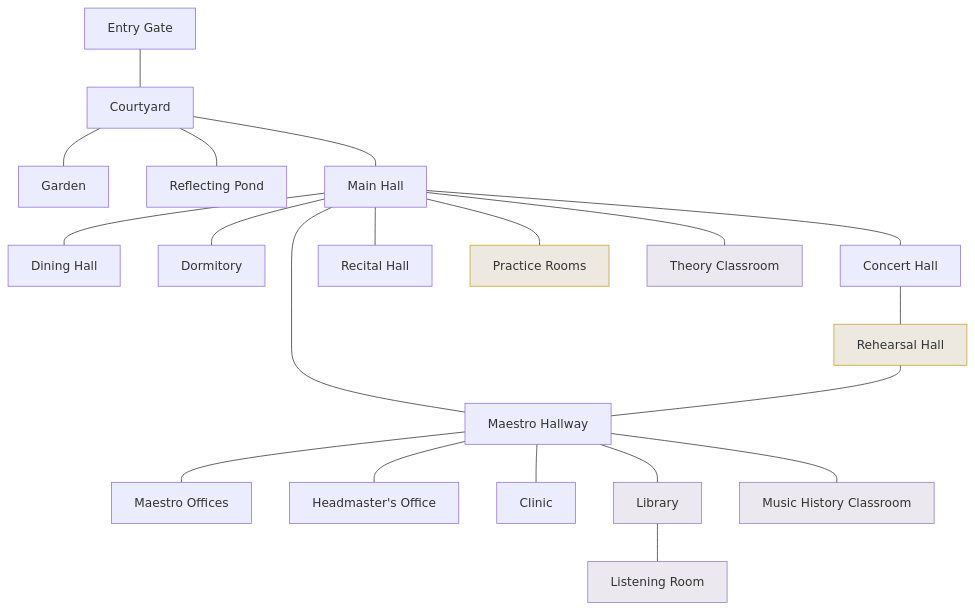
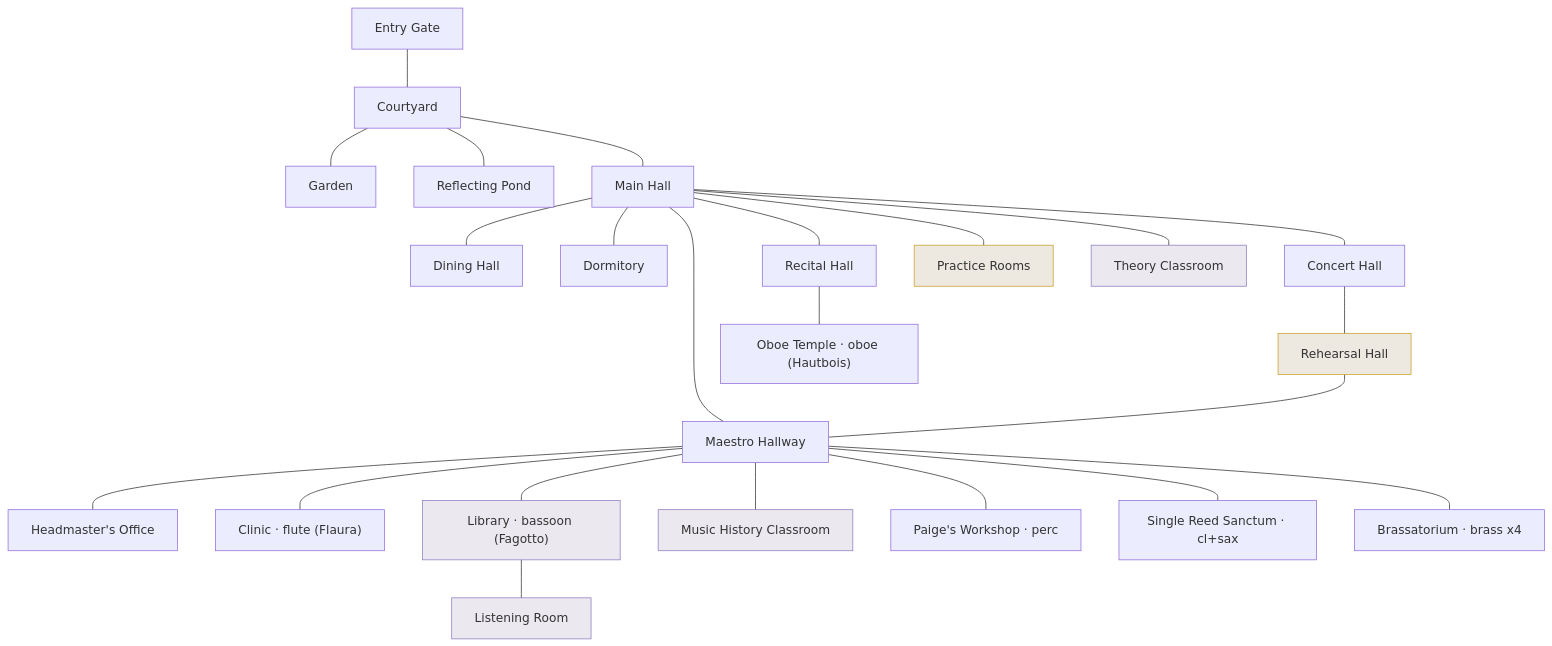
One commit to clemonsmusic-eng/Symphonica-Band-Quest changed the diagram in docs/LOCATION_DESIGN_HARMONIA.md. Above: the diagram before and after it, drawn with Mermaid. The commit also changed other lines of this file, not shown here.

First line of the commit message:
Academy map: six Maestro offices by instrument family (22 rooms)

````diff
--- a/docs/LOCATION_DESIGN_HARMONIA.md
+++ b/docs/LOCATION_DESIGN_HARMONIA.md
@@ -37,27 +37,30 @@
 ```mermaid
 graph TD
   gate[Entry Gate] --- court[Courtyard]
   court --- garden[Garden]
   court --- pond[Reflecting Pond]
   court --- main[Main Hall]
   main --- dining[Dining Hall]
   main --- dorm[Dormitory]
   main --- concert[Concert Hall]
   main --- recital[Recital Hall]
   main --- practice[Practice Rooms]
   main --- theory[Theory Classroom]
   main --- mhall[Maestro Hallway]
   concert --- rehearsal[Rehearsal Hall]
   rehearsal --- mhall
-  mhall --- offices[Maestro Offices]
   mhall --- head[Headmaster's Office]
-  mhall --- clinic[Clinic]
-  mhall --- library[Library]
+  mhall --- clinic["Clinic · flute (Flaura)"]
+  mhall --- library["Library · bassoon (Fagotto)"]
   mhall --- history[Music History Classroom]
+  mhall --- paige["Paige's Workshop · perc"]
+  mhall --- reeds["Single Reed Sanctum · cl+sax"]
+  mhall --- brass["Brassatorium · brass x4"]
   library --- listening[Listening Room]
+  recital --- oboe["Oboe Temple · oboe (Hautbois)"]
 
   classDef z1 fill:#7a5a1e22,stroke:#c9a227;
   classDef z2 fill:#6a5a8a22,stroke:#8f7ec2;
   class rehearsal,practice z1;
   class theory,library,listening,history z2;
 ```
````
